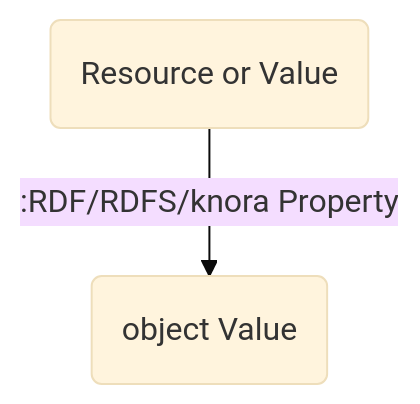
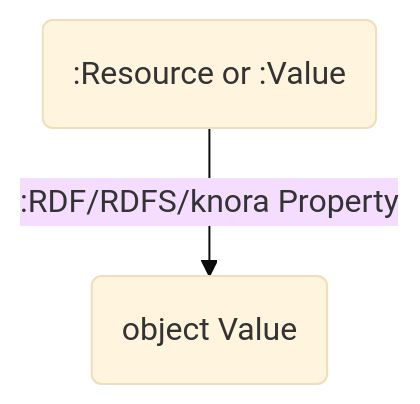
The first of 2 diagrams in docs/developers/decision-log.md (dasch-swiss/dsp-tools), drawn with Mermaid (base theme) before and after one commit. The commit also changed other lines of this file, not shown here.

````diff
--- a/docs/developers/decision-log.md
+++ b/docs/developers/decision-log.md
@@ -21,4 +24,4 @@
 ```mermaid
 flowchart TD
-    A(Resource or Value) -->|:RDF/RDFS/knora Property| B(object Value)
+    A(:Resource or :Value) -->|:RDF/RDFS/knora Property| B(object Value)
 ```
````
